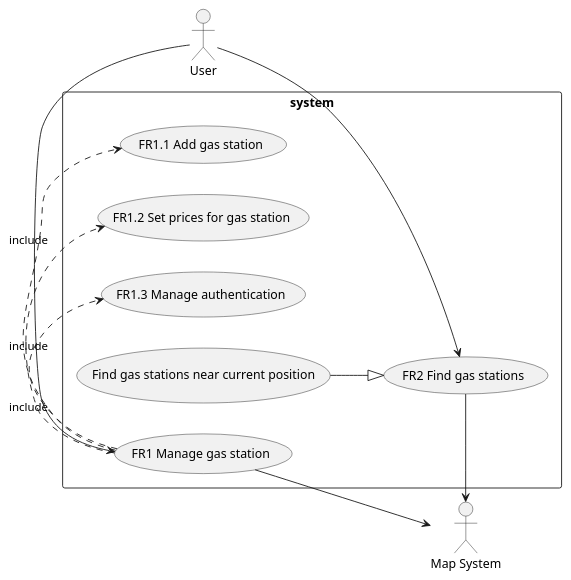
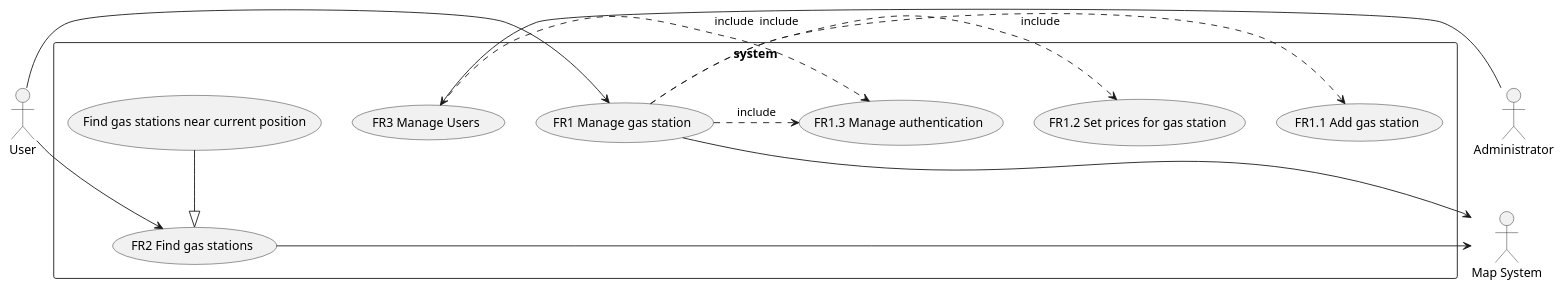
One commit to SoftengPoliTo/Lab2 changed the second of 3 diagrams in REQ_s269095.md. Above: the diagram before and after it, drawn with PlantUML. The commit also changed other lines of this file, not shown here.

Commit message:
Add administrator use case

````diff
--- a/REQ_s269095.md
+++ b/REQ_s269095.md
@@ -65,21 +68,24 @@
 ```plantuml
-left to right direction
 actor User as U
+actor Administrator as A
 actor "Map System" as M
 rectangle system {
     usecase "FR1 Manage gas station" as FR1
     usecase "FR1.1 Add gas station" as FR11
     usecase "FR1.2 Set prices for gas station" as FR12
     usecase "FR1.3 Manage authentication" as FR13
     usecase "FR2 Find gas stations" as FR2
     usecase "Find gas stations near current position" as FR22
+    usecase "FR3 Manage Users" as FR3
 }
 U -> FR1
 U -> FR2
+A -> FR3
 FR1 -> M
 FR1 .> FR11 : include
 FR2 -> M
 FR1 .> FR12 : include
 FR1 .> FR13 : include
+FR3 .> FR13 : include
 FR22 --|> FR2
 ```
````
